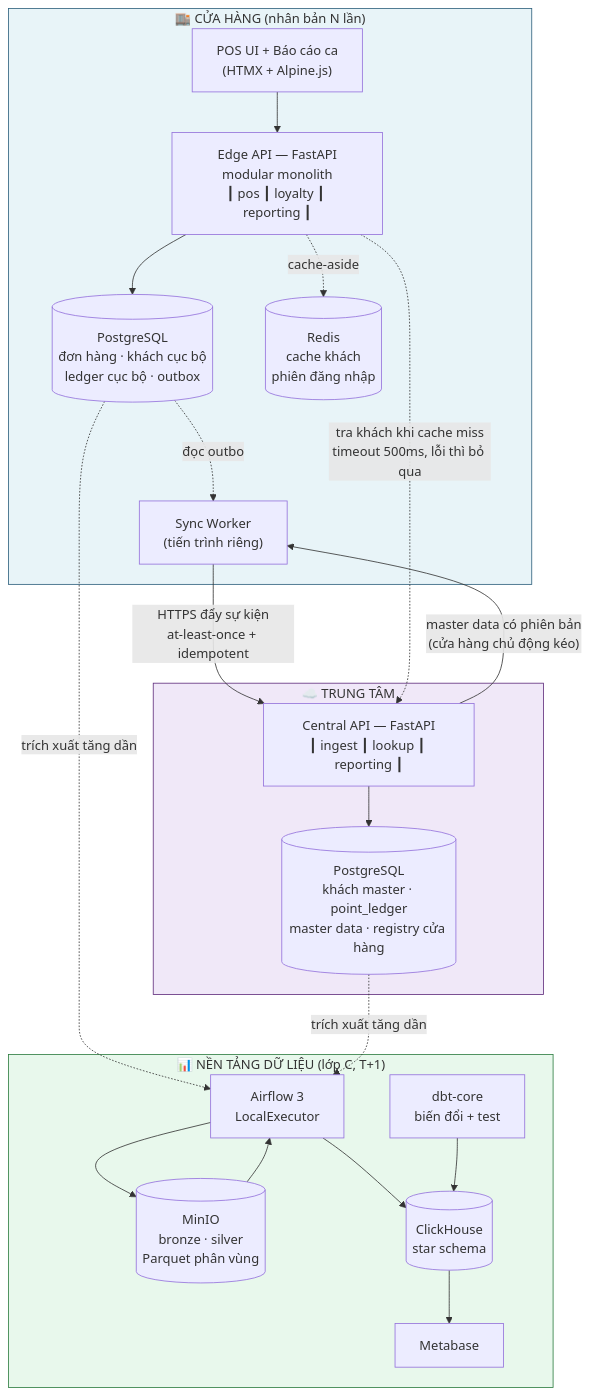
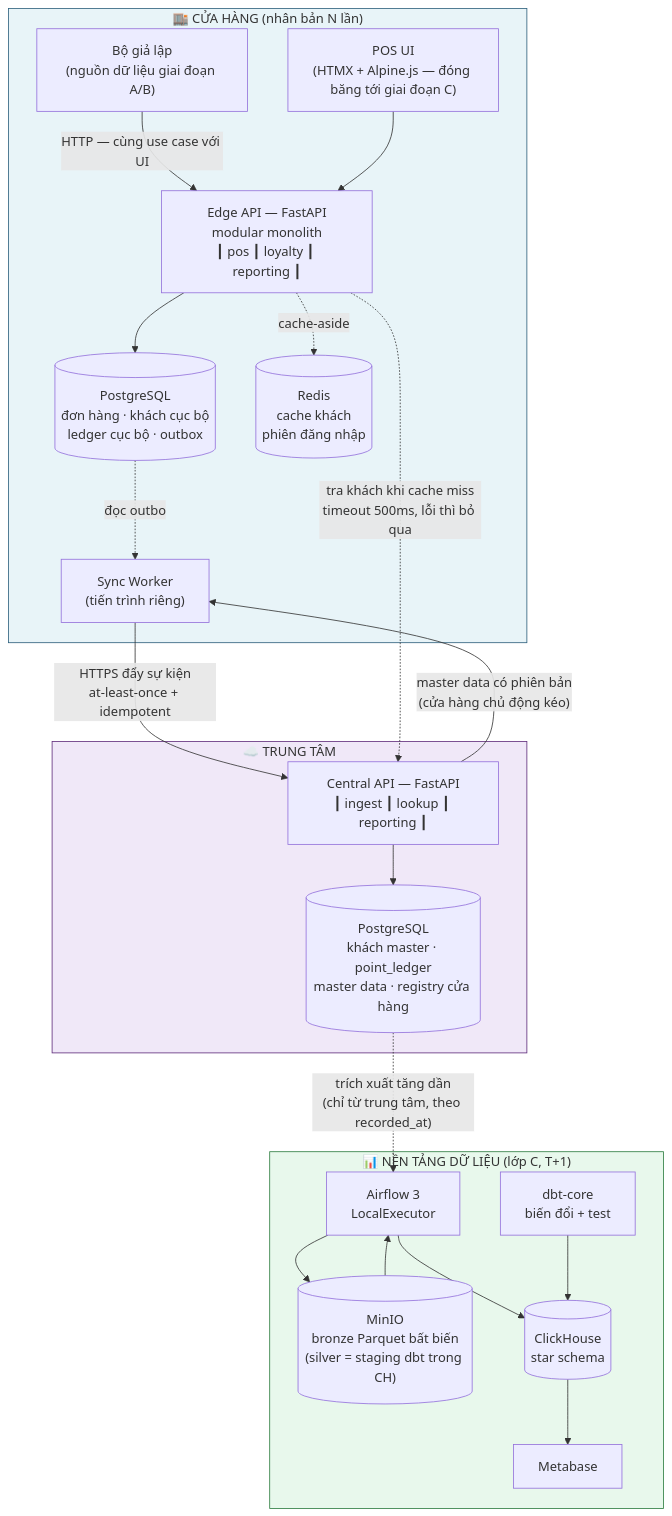
The first of 3 diagrams in docs/03-architecture.md (hnghia23/retail-sync), drawn with Mermaid before and after one commit. The commit also changed other lines of this file and 38 other files, not shown here.

First line of the commit message:
Giai đoạn B, việc 1: dashboard sức khỏe luồng (docs/17 §6)

````diff
--- a/docs/03-architecture.md
+++ b/docs/03-architecture.md
@@ -19,45 +19,46 @@
 ```mermaid
 flowchart TB
     subgraph EDGE["🏬 CỬA HÀNG (nhân bản N lần)"]
-        UI["POS UI + Báo cáo ca<br/>(HTMX + Alpine.js)"]
+        SIM["Bộ giả lập<br/>(nguồn dữ liệu giai đoạn A/B)"]
+        UI["POS UI<br/>(HTMX + Alpine.js — đóng băng tới giai đoạn C)"]
         API["Edge API — FastAPI<br/>modular monolith<br/>┃ pos ┃ loyalty ┃ reporting ┃"]
         PG_E[("PostgreSQL<br/>đơn hàng · khách cục bộ<br/>ledger cục bộ · outbox")]
         RD[("Redis<br/>cache khách<br/>phiên đăng nhập")]
         SW["Sync Worker<br/>(tiến trình riêng)"]
+        SIM -->|"HTTP — cùng use case với UI"| API
         UI --> API
         API --> PG_E
         API -.cache-aside.-> RD
         PG_E -.đọc outbox.-> SW
     end
 
     subgraph CENTRAL["☁️ TRUNG TÂM"]
         CAPI["Central API — FastAPI<br/>┃ ingest ┃ lookup ┃ reporting ┃"]
         PG_C[("PostgreSQL<br/>khách master · point_ledger<br/>master data · registry cửa hàng")]
         CAPI --> PG_C
     end
 
     subgraph DATA["📊 NỀN TẢNG DỮ LIỆU (lớp C, T+1)"]
         DG["Airflow 3<br/>LocalExecutor"]
-        LAKE[("MinIO<br/>bronze · silver<br/>Parquet phân vùng")]
+        LAKE[("MinIO<br/>bronze Parquet bất biến<br/>(silver = staging dbt trong CH)")]
         CH[("ClickHouse<br/>star schema")]
         DBT["dbt-core<br/>biến đổi + test"]
         BI["Metabase"]
 
         DG --> LAKE
         LAKE --> DG
         DG --> CH
         DBT --> CH
         CH --> BI
     end
 
     SW -->|"HTTPS đẩy sự kiện<br/>at-least-once + idempotent"| CAPI
     CAPI -->|"master data có phiên bản<br/>(cửa hàng chủ động kéo)"| SW
     API -.->|"tra khách khi cache miss<br/>timeout 500ms, lỗi thì bỏ qua"| CAPI
 
-    PG_E -.->|"trích xuất tăng dần"| DG
-    PG_C -.->|"trích xuất tăng dần"| DG
+    PG_C -.->|"trích xuất tăng dần<br/>(chỉ từ trung tâm, theo recorded_at)"| DG
 
     style EDGE fill:#e8f4f8,stroke:#2c5f7c
     style CENTRAL fill:#f0e8f8,stroke:#5f2c7c
     style DATA fill:#e8f8ec,stroke:#2c7c3f
 ```
````
